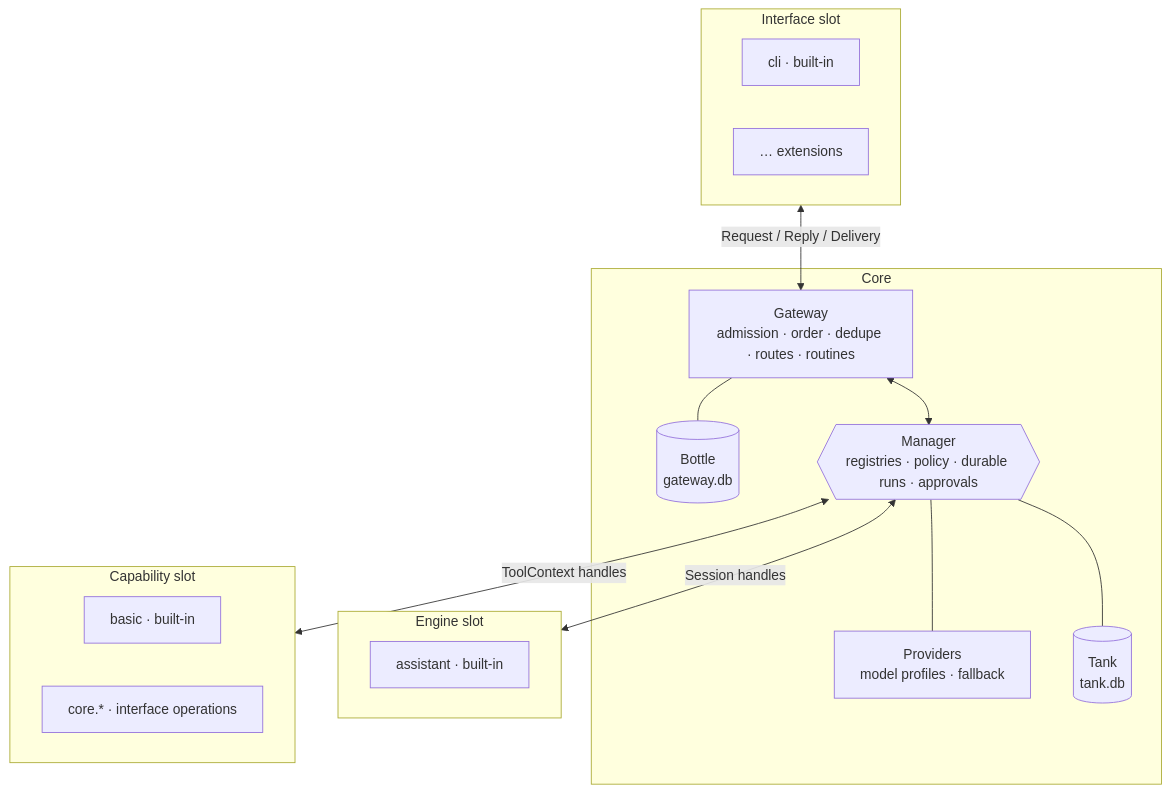
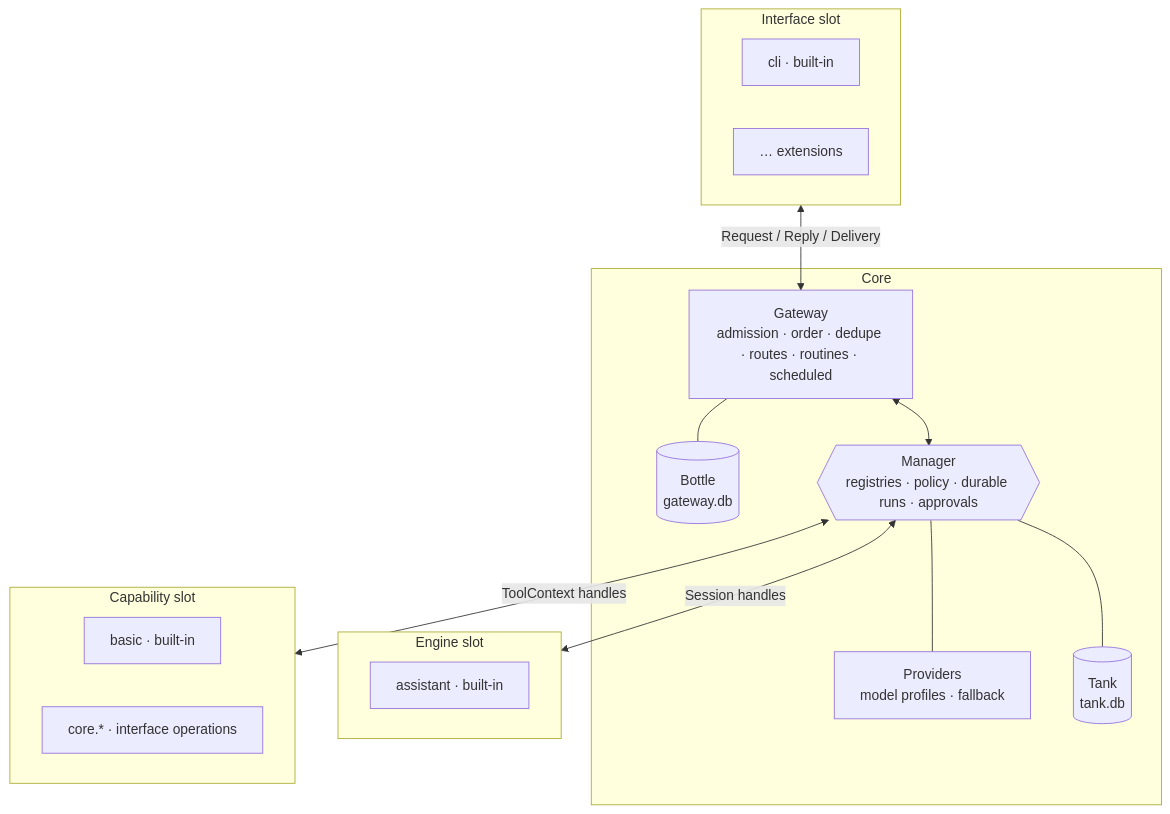
The first of 2 diagrams in docs/core/ARCHITECTURE.md (RustColeone/DiscordStudyBot), drawn with Mermaid before and after one commit. The commit also changed other lines of this file and 7 other files, not shown here.

````diff
--- a/docs/core/ARCHITECTURE.md
+++ b/docs/core/ARCHITECTURE.md
@@ -7,28 +7,28 @@
 ```mermaid
 flowchart TB
     subgraph IS["Interface slot"]
         CLI["cli · built-in"]
         X1["… extensions"]
     end
     subgraph CORE["Core"]
-        GW["Gateway<br/>admission · order · dedupe · routes · routines"]
+        GW["Gateway<br/>admission · order · dedupe · routes · routines · scheduled"]
         BOT[("Bottle<br/>gateway.db")]
         MG{{"Manager<br/>registries · policy · durable runs · approvals"}}
         PR["Providers<br/>model profiles · fallback"]
         TANK[("Tank<br/>tank.db")]
     end
     subgraph ES["Engine slot"]
         AS["assistant · built-in"]
     end
     subgraph CS["Capability slot"]
         BA["basic · built-in"]
         CC["core.* · interface operations"]
     end
     IS <-->|"Request / Reply / Delivery"| GW
     GW --- BOT
     GW <--> MG
     MG <-->|"Session handles"| ES
     MG <-->|"ToolContext handles"| CS
     MG --- PR
     MG --- TANK
 ```
````
